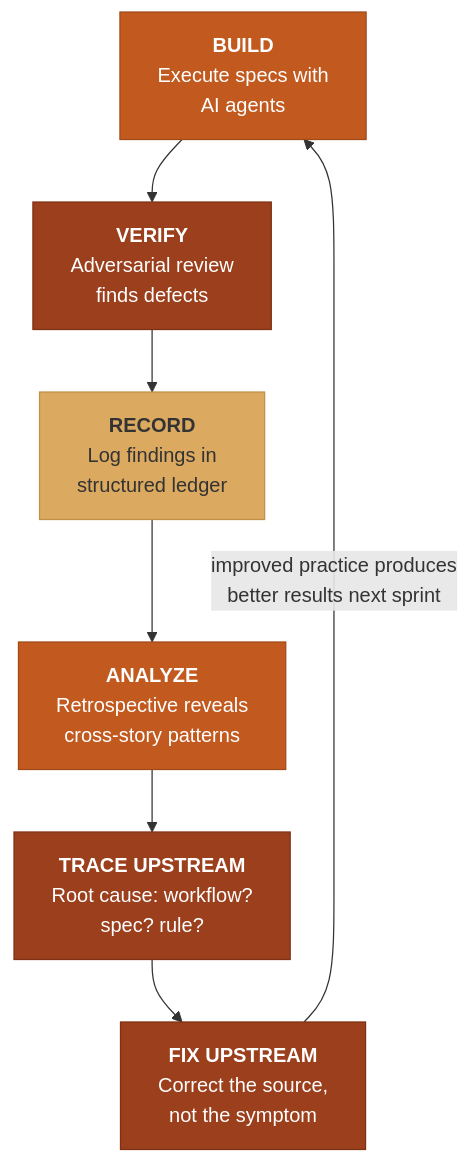
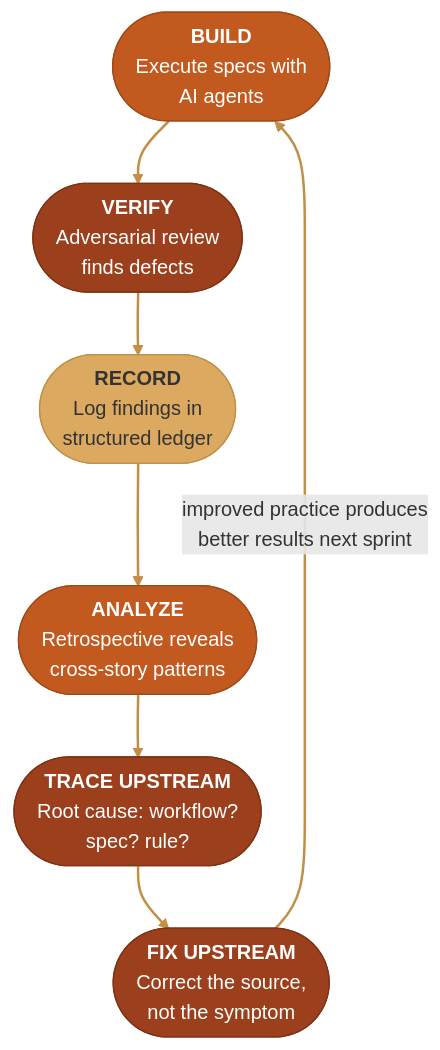
The third of 4 diagrams in docs/philosophy.md (iamsteveholmes/momentum), drawn with Mermaid before and after one commit. The commit also changed other lines of this file and 1 other file, not shown here.

First line of the commit message:
feat(design): stadium-pill nodes and warm sand arrows in all Mermaid diagrams

````diff
--- a/docs/philosophy.md
+++ b/docs/philosophy.md
@@ -70,23 +72,24 @@
 ```mermaid
 graph TD
-    BUILD["<b>BUILD</b><br/>Execute specs with<br/>AI agents"]
-    VERIFY["<b>VERIFY</b><br/>Adversarial review<br/>finds defects"]
-    RECORD["<b>RECORD</b><br/>Log findings in<br/>structured ledger"]
-    ANALYZE["<b>ANALYZE</b><br/>Retrospective reveals<br/>cross-story patterns"]
-    TRACE["<b>TRACE UPSTREAM</b><br/>Root cause: workflow?<br/>spec? rule?"]
-    FIX["<b>FIX UPSTREAM</b><br/>Correct the source,<br/>not the symptom"]
+    BUILD(["<b>BUILD</b><br/>Execute specs with<br/>AI agents"])
+    VERIFY(["<b>VERIFY</b><br/>Adversarial review<br/>finds defects"])
+    RECORD(["<b>RECORD</b><br/>Log findings in<br/>structured ledger"])
+    ANALYZE(["<b>ANALYZE</b><br/>Retrospective reveals<br/>cross-story patterns"])
+    TRACE(["<b>TRACE UPSTREAM</b><br/>Root cause: workflow?<br/>spec? rule?"])
+    FIX(["<b>FIX UPSTREAM</b><br/>Correct the source,<br/>not the symptom"])
 
     BUILD --> VERIFY
     VERIFY --> RECORD
     RECORD --> ANALYZE
     ANALYZE --> TRACE
     TRACE --> FIX
     FIX -- "improved practice produces<br/>better results next sprint" --> BUILD
 
     style BUILD fill:#C25A1F,stroke:#A04A18,color:#fff
     style VERIFY fill:#9C3F1C,stroke:#7E3214,color:#fff
     style RECORD fill:#DBA960,stroke:#C28F47,color:#333
     style ANALYZE fill:#C25A1F,stroke:#A04A18,color:#fff
     style TRACE fill:#9C3F1C,stroke:#7E3214,color:#fff
     style FIX fill:#9C3F1C,stroke:#7E3214,color:#fff
+    linkStyle default stroke:#C28F47,stroke-width:2px
 ```
````
